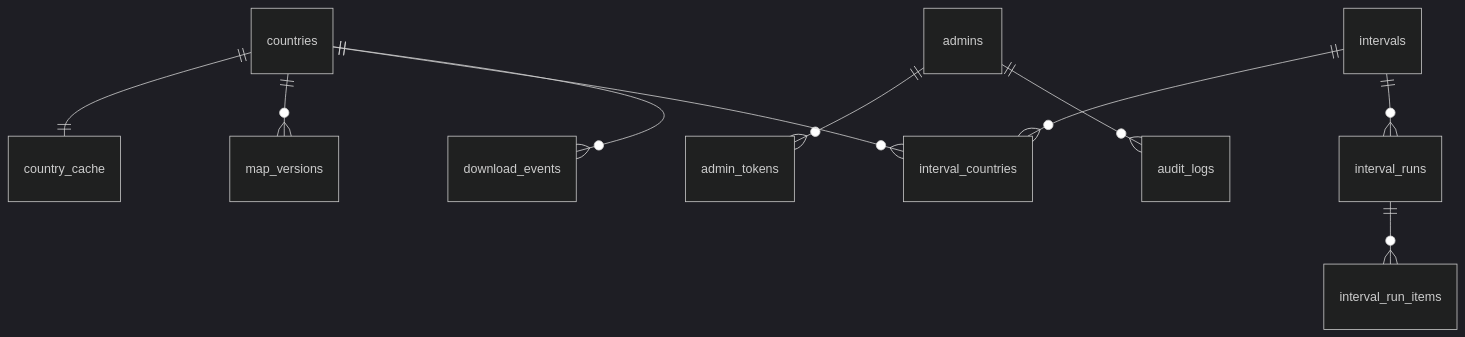
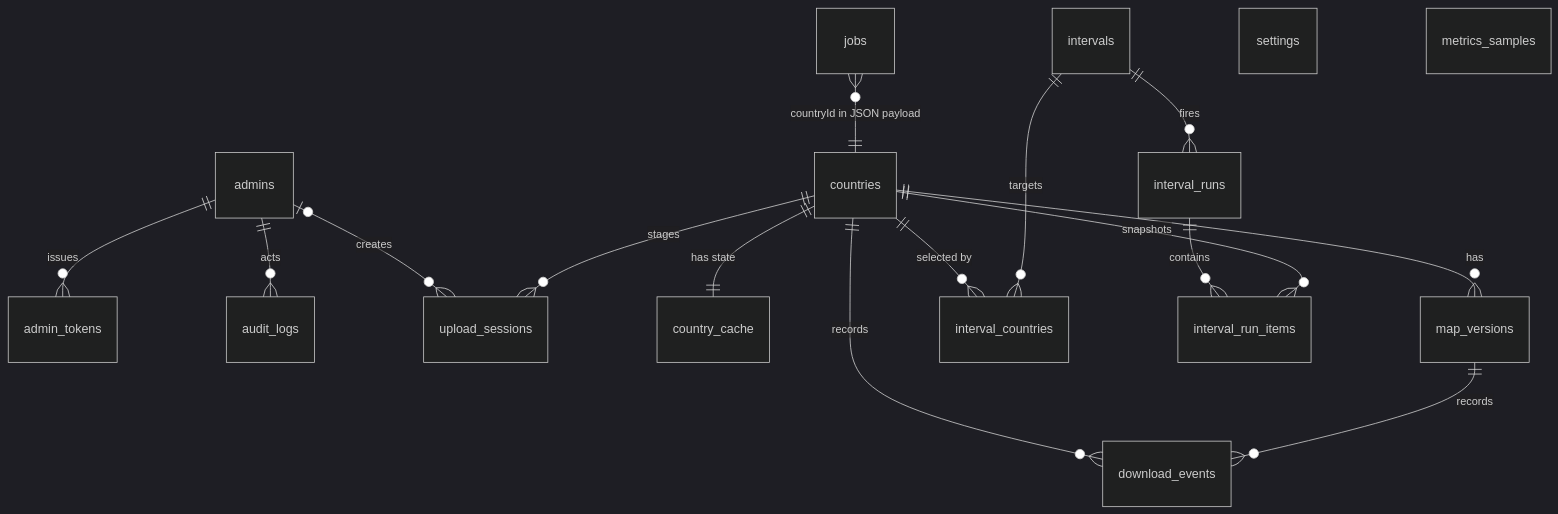
One commit to komeilm76/mapirror changed the fifth of 11 diagrams in docs/06-diagrams.md. Above: the diagram before and after it, drawn with Mermaid (dark theme). The commit also changed other lines of this file and 6 other files, not shown here.

Commit message:
docs: reverify API contracts and refresh diagrams

````diff
--- a/docs/06-diagrams.md
+++ b/docs/06-diagrams.md
@@ -76,12 +94,19 @@
 ```mermaid
 erDiagram
-  admins ||--o{ admin_tokens : ""
-  countries ||--|| country_cache : ""
-  countries ||--o{ map_versions : ""
-  countries ||--o{ interval_countries : ""
-  intervals ||--o{ interval_countries : ""
-  intervals ||--o{ interval_runs : ""
-  interval_runs ||--o{ interval_run_items : ""
-  countries ||--o{ download_events : ""
-  admins ||--o{ audit_logs : ""
+  admins ||--o{ admin_tokens : "issues"
+  admins ||--o{ audit_logs : "acts"
+  admins o|--o{ upload_sessions : "creates"
+  countries ||--|| country_cache : "has state"
+  countries ||--o{ map_versions : "has"
+  countries ||--o{ upload_sessions : "stages"
+  countries ||--o{ interval_countries : "selected by"
+  intervals ||--o{ interval_countries : "targets"
+  intervals ||--o{ interval_runs : "fires"
+  interval_runs ||--o{ interval_run_items : "contains"
+  countries ||--o{ interval_run_items : "snapshots"
+  countries ||--o{ download_events : "records"
+  map_versions ||--o{ download_events : "records"
+  jobs }o--|| countries : "countryId in JSON payload"
+  settings
+  metrics_samples
 ```
````
